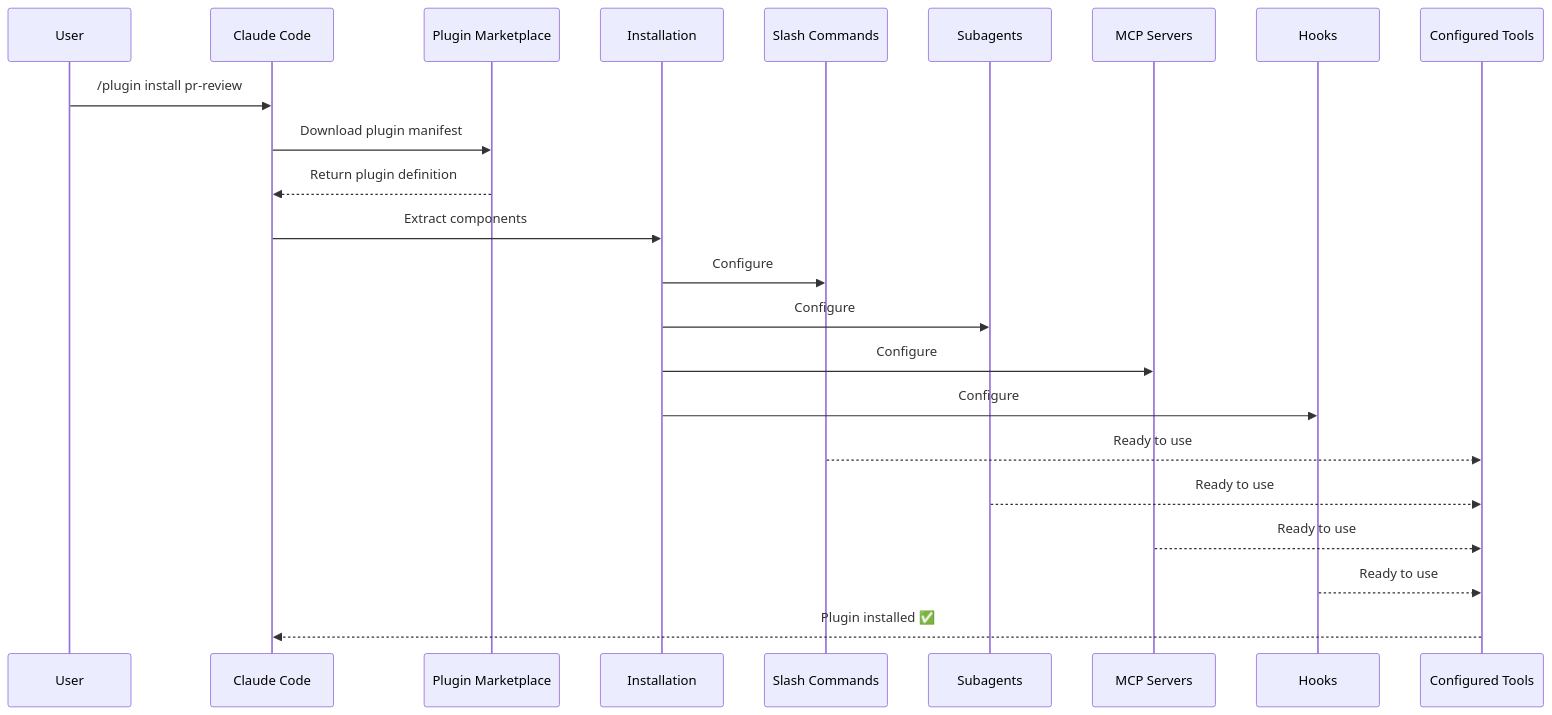
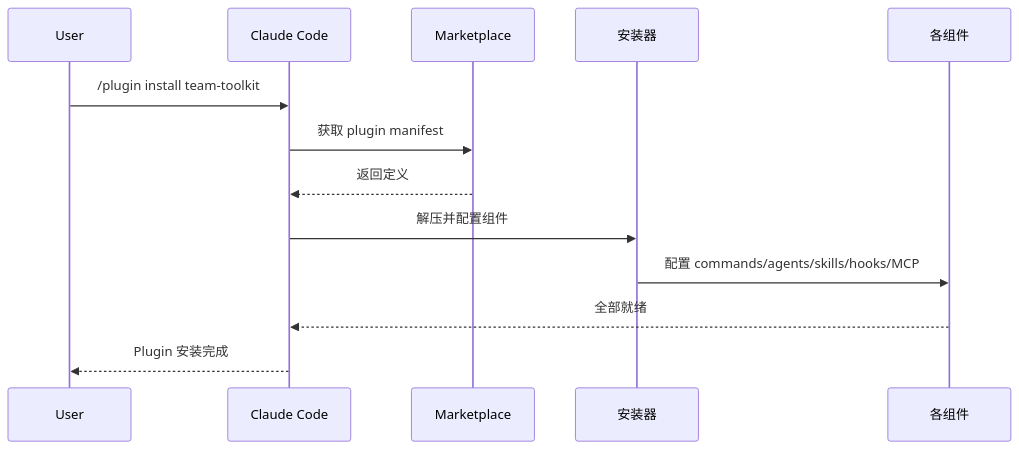
Before and after one commit to hellojoju/claude-code-lesson: the second of 4 diagrams in 10-plugins/README.md, drawn with Mermaid. The commit also changed other lines of this file and 11 other files, not shown here.

````diff
--- a/10-plugins/README.md
+++ b/10-plugins/README.md
@@ -142,26 +117,16 @@
 ```mermaid
 sequenceDiagram
     participant User
     participant Claude as Claude Code
-    participant Plugin as Plugin Marketplace
-    participant Install as Installation
-    participant SlashCmds as Slash Commands
-    participant Subagents
-    participant MCPServers as MCP Servers
-    participant Hooks
-    participant Tools as Configured Tools
+    participant Marketplace
+    participant Install as 安装器
+    participant Components as 各组件
 
-    User->>Claude: /plugin install pr-review
-    Claude->>Plugin: Download plugin manifest
-    Plugin-->>Claude: Return plugin definition
-    Claude->>Install: Extract components
-    Install->>SlashCmds: Configure
-    Install->>Subagents: Configure
-    Install->>MCPServers: Configure
-    Install->>Hooks: Configure
-    SlashCmds-->>Tools: Ready to use
-    Subagents-->>Tools: Ready to use
-    MCPServers-->>Tools: Ready to use
-    Hooks-->>Tools: Ready to use
-    Tools-->>Claude: Plugin installed ✅
+    User->>Claude: /plugin install team-toolkit
+    Claude->>Marketplace: 获取 plugin manifest
+    Marketplace-->>Claude: 返回定义
+    Claude->>Install: 解压并配置组件
+    Install->>Components: 配置 commands/agents/skills/hooks/MCP
+    Components-->>Claude: 全部就绪
+    Claude-->>User: Plugin 安装完成
 ```
````
